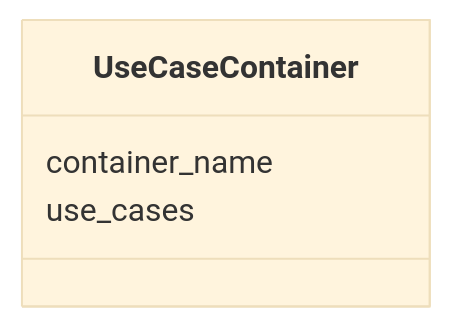
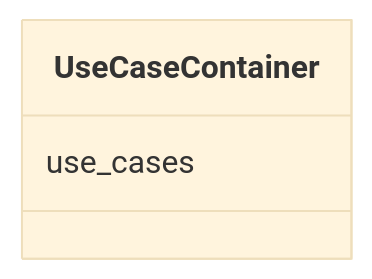
One commit to bridge2ai/standards-schemas changed the diagram in docs/UseCaseContainer.md. Above: the diagram before and after it, drawn with Mermaid (base theme). The commit also changed other lines of this file and 27 other files, not shown here.

Commit message:
Add OrganizationContainer; restructure UseCase; remove container_name

````diff
--- a/docs/UseCaseContainer.md
+++ b/docs/UseCaseContainer.md
@@ -11,7 +11,6 @@
 ```mermaid
  classDiagram
     class UseCaseContainer
-      UseCaseContainer : container_name
       UseCaseContainer : use_cases
       
 ```
````
